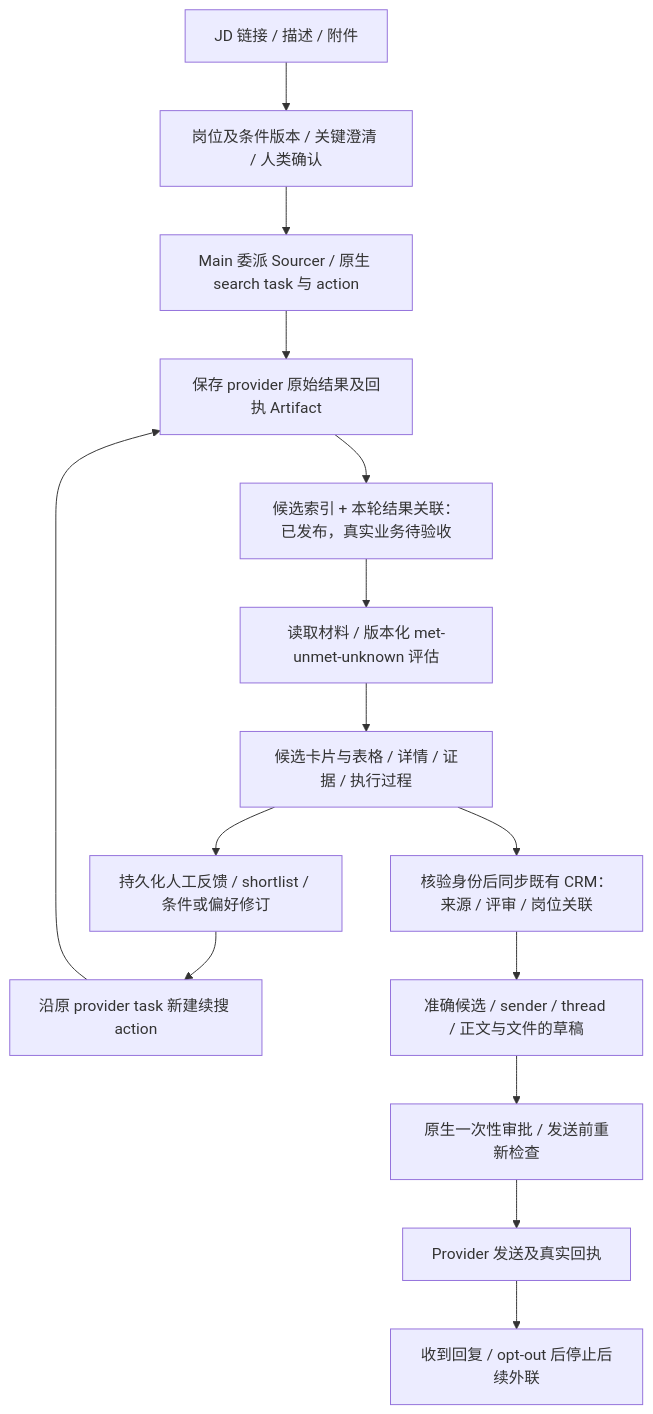
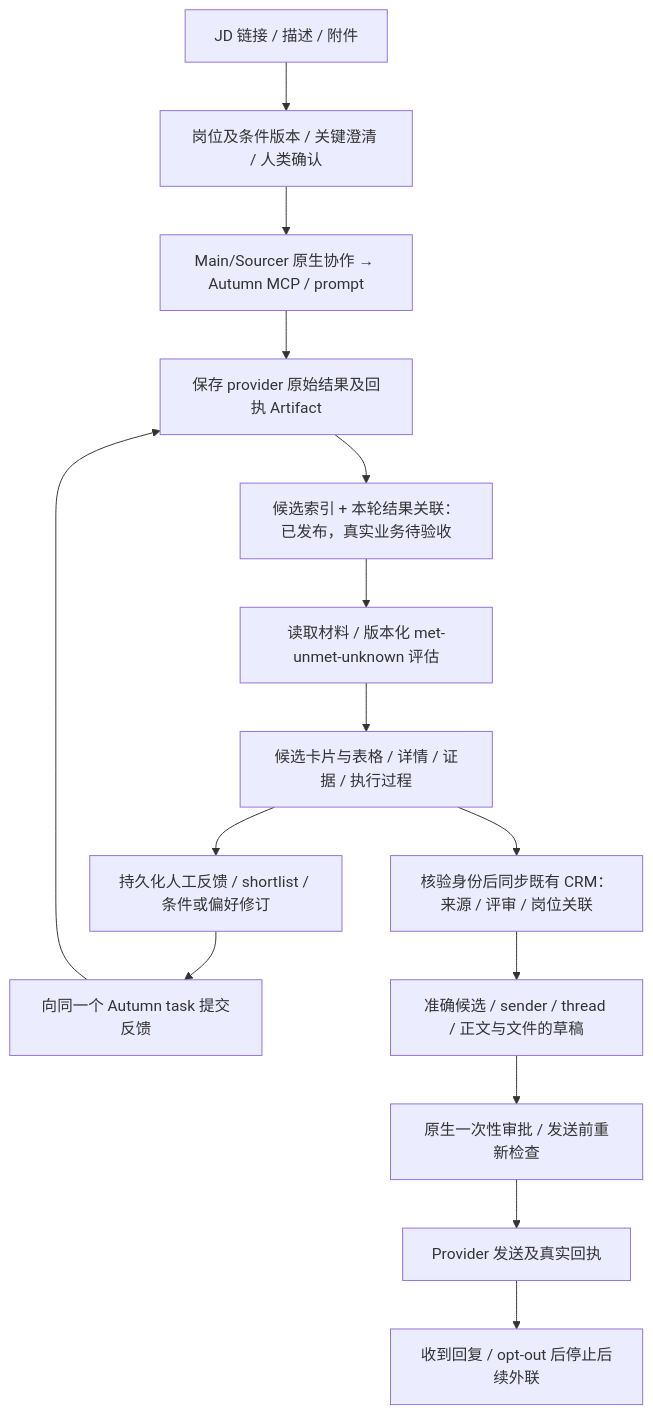
The diagram in docs/wekruit/PLAN.md (WeKruit/rakazo), drawn with Mermaid before and after one commit. The commit also changed other lines of this file and 1 other file, not shown here.

Commit message:
docs: record native Autumn task and recovery acceptance

````diff
--- a/docs/wekruit/PLAN.md
+++ b/docs/wekruit/PLAN.md
@@ -79,17 +85,17 @@
 ```mermaid
 flowchart TD
   JD[JD 链接 / 描述 / 附件] --> Role[岗位及条件版本 / 关键澄清 / 人类确认]
-  Role --> Search[Main 委派 Sourcer / 原生 search task 与 action]
+  Role --> Search[Main/Sourcer 原生协作 → Autumn MCP / prompt]
   Search --> Raw[保存 provider 原始结果及回执 Artifact]
   Raw --> Index[候选索引 + 本轮结果关联：已发布，真实业务待验收]
   Index --> Evidence[读取材料 / 版本化 met-unmet-unknown 评估]
   Evidence --> UI[候选卡片与表格 / 详情 / 证据 / 执行过程]
   UI --> Feedback[持久化人工反馈 / shortlist / 条件或偏好修订]
-  Feedback --> Continue[沿原 provider task 新建续搜 action]
+  Feedback --> Continue[向同一个 Autumn task 提交反馈]
   Continue --> Raw
   UI --> CRM[核验身份后同步既有 CRM：来源 / 评审 / 岗位关联]
   CRM --> Draft[准确候选 / sender / thread / 正文与文件的草稿]
   Draft --> Approval[原生一次性审批 / 发送前重新检查]
   Approval --> Receipt[Provider 发送及真实回执]
   Receipt --> Stop[收到回复 / opt-out 后停止后续外联]
 ```
````
